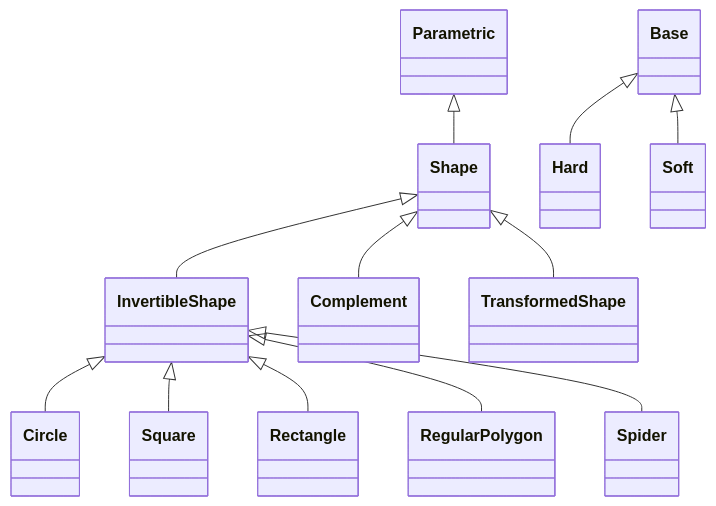
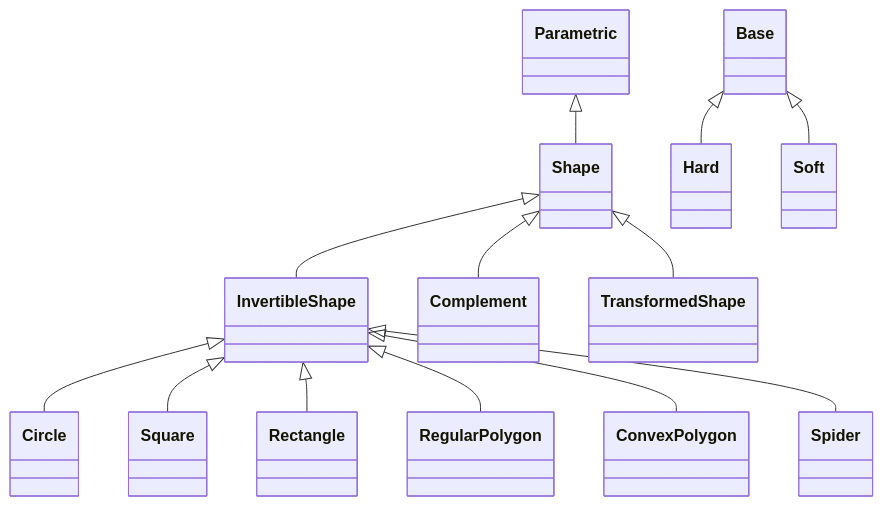
The diagram in docs/API/parametric/shapes.md (LouisDesdoigts/dLux), drawn with Mermaid before and after one commit. The commit also changed other lines of this file and 21 other files, not shown here.

````diff
--- a/docs/API/parametric/shapes.md
+++ b/docs/API/parametric/shapes.md
@@ -7,38 +7,41 @@
 ```mermaid
 classDiagram
     class dLux_parametric_shapes_Shape["Shape"]
     class dLux_parametric_shapes_InvertibleShape["InvertibleShape"]
     class dLux_parametric_shapes_Hard["Hard"]
     class dLux_parametric_shapes_Soft["Soft"]
     class dLux_parametric_shapes_Circle["Circle"]
     class dLux_parametric_shapes_Square["Square"]
     class dLux_parametric_shapes_Rectangle["Rectangle"]
     class dLux_parametric_shapes_RegularPolygon["RegularPolygon"]
+    class dLux_parametric_shapes_ConvexPolygon["ConvexPolygon"]
     class dLux_parametric_shapes_Spider["Spider"]
     class dLux_parametric_shapes_Complement["Complement"]
     class dLux_parametric_shapes_TransformedShape["TransformedShape"]
     class dLux_base_Base["Base"]
     class dLux_parametric_parametrics_Parametric["Parametric"]
     dLux_parametric_parametrics_Parametric <|-- dLux_parametric_shapes_Shape
     click dLux_parametric_shapes_Shape href "#dLux.parametric.shapes.Shape" "Properties: extent"
     dLux_parametric_shapes_Shape <|-- dLux_parametric_shapes_InvertibleShape
     click dLux_parametric_shapes_InvertibleShape href "#dLux.parametric.shapes.InvertibleShape" "Attributes: edge, invert · Methods: evaluate(), evaluate_hard(), evaluate_soft()"
     dLux_base_Base <|-- dLux_parametric_shapes_Hard
     click dLux_parametric_shapes_Hard href "#dLux.parametric.shapes.Hard" "No direct public attributes or methods"
     dLux_base_Base <|-- dLux_parametric_shapes_Soft
     click dLux_parametric_shapes_Soft href "#dLux.parametric.shapes.Soft" "Attributes: pixels · Methods: clip()"
     dLux_parametric_shapes_InvertibleShape <|-- dLux_parametric_shapes_Circle
     click dLux_parametric_shapes_Circle href "#dLux.parametric.shapes.Circle" "Attributes: diameter · Properties: extent · Methods: evaluate_hard(), evaluate_soft()"
     dLux_parametric_shapes_InvertibleShape <|-- dLux_parametric_shapes_Square
     click dLux_parametric_shapes_Square href "#dLux.parametric.shapes.Square" "Attributes: width · Properties: extent · Methods: evaluate_hard(), evaluate_soft()"
     dLux_parametric_shapes_InvertibleShape <|-- dLux_parametric_shapes_Rectangle
     click dLux_parametric_shapes_Rectangle href "#dLux.parametric.shapes.Rectangle" "Attributes: width, height · Properties: extent · Methods: evaluate_hard(), evaluate_soft()"
     dLux_parametric_shapes_InvertibleShape <|-- dLux_parametric_shapes_RegularPolygon
     click dLux_parametric_shapes_RegularPolygon href "#dLux.parametric.shapes.RegularPolygon" "Attributes: diameter, nsides · Properties: extent · Methods: evaluate_hard(), evaluate_soft()"
+    dLux_parametric_shapes_InvertibleShape <|-- dLux_parametric_shapes_ConvexPolygon
+    click dLux_parametric_shapes_ConvexPolygon href "#dLux.parametric.shapes.ConvexPolygon" "Attributes: vertices · Properties: extent · Methods: validate(), evaluate_hard(), evaluate_soft()"
     dLux_parametric_shapes_InvertibleShape <|-- dLux_parametric_shapes_Spider
     click dLux_parametric_shapes_Spider href "#dLux.parametric.shapes.Spider" "Attributes: width, angles · Methods: evaluate_hard(), evaluate_soft()"
     dLux_parametric_shapes_Shape <|-- dLux_parametric_shapes_Complement
     click dLux_parametric_shapes_Complement href "#dLux.parametric.shapes.Complement" "Attributes: shape · Properties: extent · Methods: evaluate()"
     dLux_parametric_shapes_Shape <|-- dLux_parametric_shapes_TransformedShape
     click dLux_parametric_shapes_TransformedShape href "#dLux.parametric.shapes.TransformedShape" "Attributes: shape, transformation · Properties: extent · Methods: evaluate()"
 ```
````
